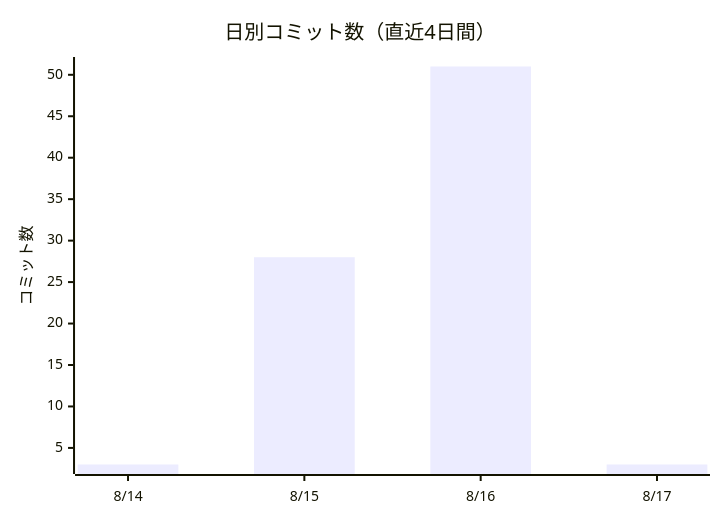
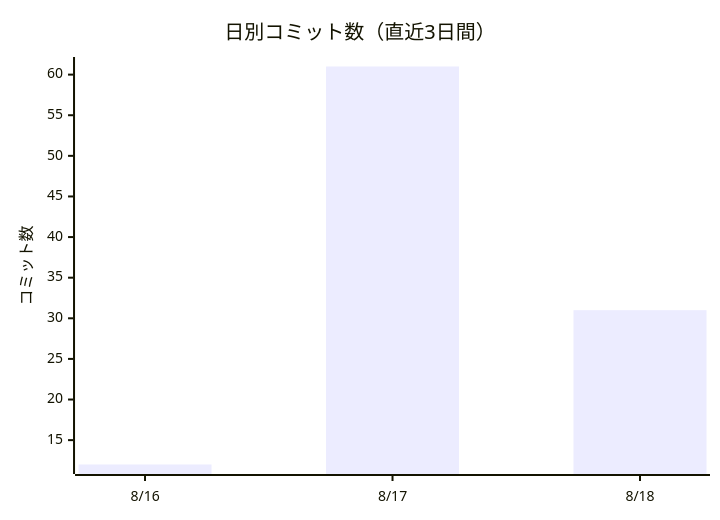
One commit to non-x2/non-x2 changed the first of 2 diagrams in docs/進化レポート.md. Above: the diagram before and after it, drawn with Mermaid. The commit also changed other lines of this file and 8 other files, not shown here.

````diff
--- a/docs/進化レポート.md
+++ b/docs/進化レポート.md
@@ -23,7 +23,7 @@
 ```mermaid
 xychart-beta
-    title "日別コミット数（直近4日間）"
-    x-axis ["8/14", "8/15", "8/16", "8/17"]
+    title "日別コミット数（直近3日間）"
+    x-axis ["8/16", "8/17", "8/18"]
     y-axis "コミット数"
-    bar [3, 28, 51, 3]
+    bar [12, 61, 31]
 ```
````
